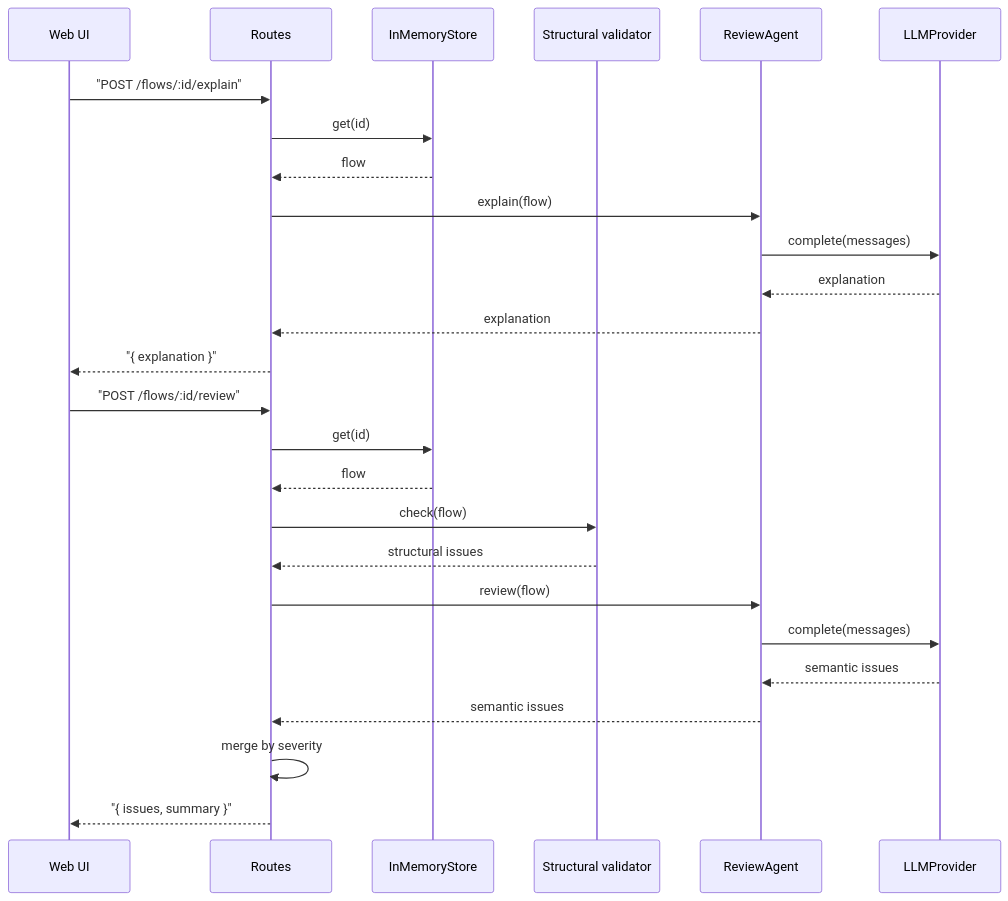
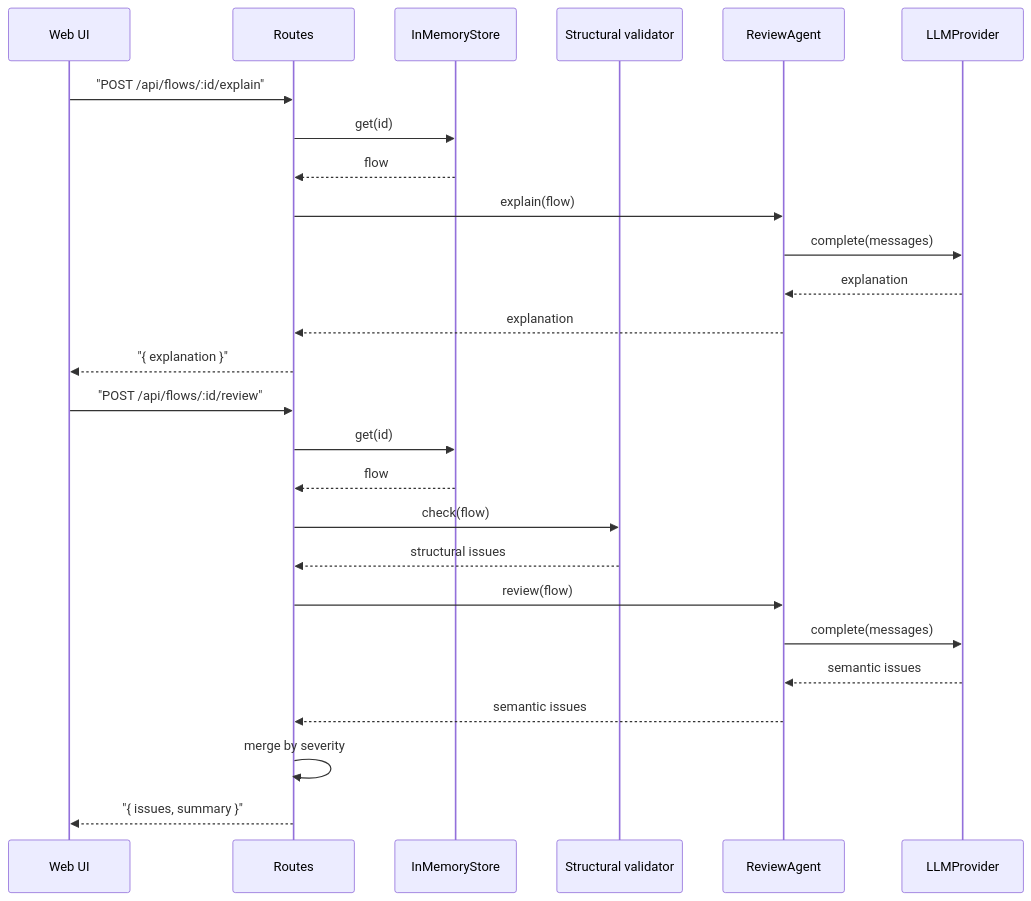
The second of 3 diagrams in docs/architecture.md (mikeyangyun/Wati-Automation-Copilot), drawn with Mermaid before and after one commit. The commit also changed other lines of this file and 1 other file, not shown here.

Commit message:
docs: update product and architecture documentation to reflect API endpoint changes and clarify node vocabulary

````diff
--- a/docs/architecture.md
+++ b/docs/architecture.md
@@ -47,30 +47,30 @@
 ```mermaid
 sequenceDiagram
     participant UI as Web UI
     participant API as Routes
     participant Store as InMemoryStore
     participant Validator as Structural validator
     participant Agent as ReviewAgent
     participant Provider as LLMProvider
 
-    UI->>API: "POST /flows/:id/explain"
+    UI->>API: "POST /api/flows/:id/explain"
     API->>Store: get(id)
     Store-->>API: flow
     API->>Agent: explain(flow)
     Agent->>Provider: complete(messages)
     Provider-->>Agent: explanation
     Agent-->>API: explanation
     API-->>UI: "{ explanation }"
 
-    UI->>API: "POST /flows/:id/review"
+    UI->>API: "POST /api/flows/:id/review"
     API->>Store: get(id)
     Store-->>API: flow
     API->>Validator: check(flow)
     Validator-->>API: structural issues
     API->>Agent: review(flow)
     Agent->>Provider: complete(messages)
     Provider-->>Agent: semantic issues
     Agent-->>API: semantic issues
     API->>API: merge by severity
     API-->>UI: "{ issues, summary }"
 ```
````
